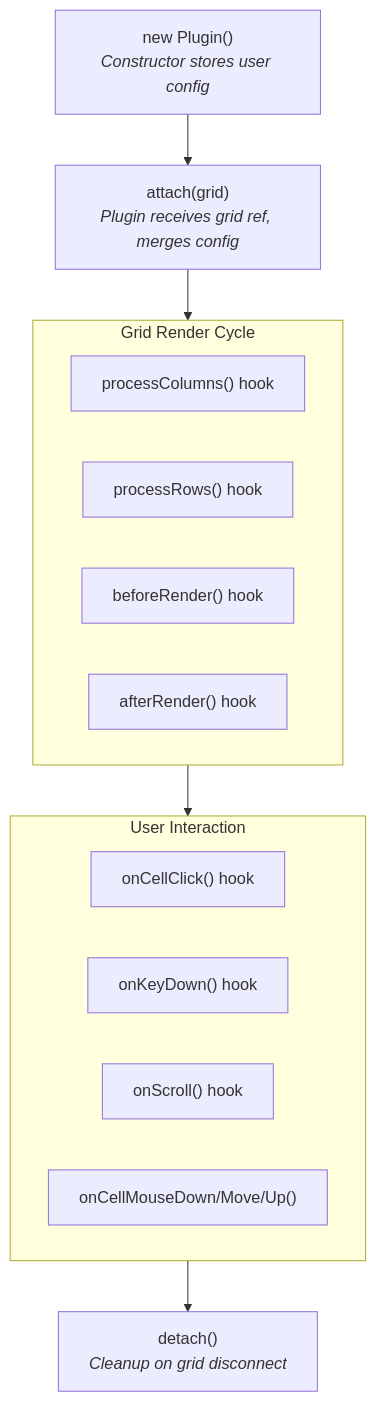
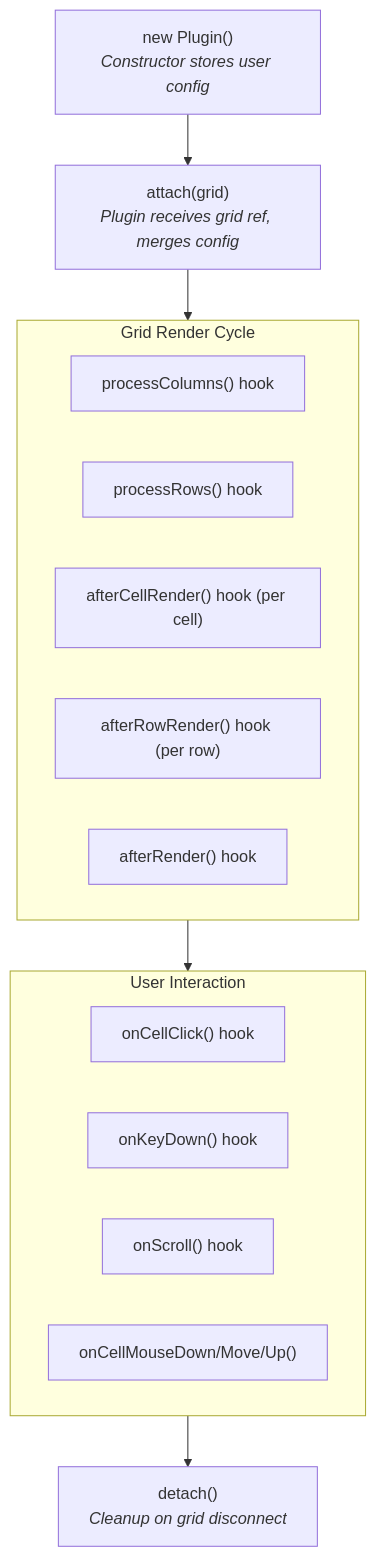
One commit to OysteinAmundsen/toolbox changed the fourth of 4 diagrams in libs/grid/ARCHITECTURE.md. Above: the diagram before and after it, drawn with Mermaid. The commit also changed other lines of this file and 40 other files, not shown here.

````diff
--- a/libs/grid/ARCHITECTURE.md
+++ b/libs/grid/ARCHITECTURE.md
@@ -573,21 +575,22 @@
 ```mermaid
 flowchart TB
     A["new Plugin()<br/><i>Constructor stores user config</i>"] --> B["attach(grid)<br/><i>Plugin receives grid ref, merges config</i>"]
     B --> C["Grid Render Cycle"]
     C --> D["User Interaction"]
     D --> E["detach()<br/><i>Cleanup on grid disconnect</i>"]
 
     subgraph C["Grid Render Cycle"]
         C1["processColumns() hook"]
         C2["processRows() hook"]
-        C3["beforeRender() hook"]
-        C4["afterRender() hook"]
+        C3["afterCellRender() hook (per cell)"]
+        C4["afterRowRender() hook (per row)"]
+        C5["afterRender() hook"]
     end
 
     subgraph D["User Interaction"]
         D1["onCellClick() hook"]
         D2["onKeyDown() hook"]
         D3["onScroll() hook"]
         D4["onCellMouseDown/Move/Up()"]
     end
 ```
````
